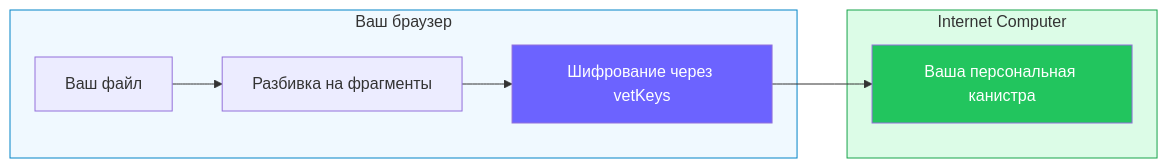
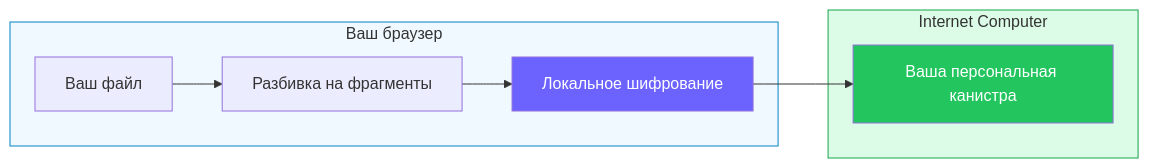
The diagram in apps/docs/src/ru/getting-started/introduction.md (rabbithole-app/v2), drawn with Mermaid before and after one commit. The commit also changed other lines of this file and 60 other files, not shown here.

````diff
--- a/apps/docs/src/ru/getting-started/introduction.md
+++ b/apps/docs/src/ru/getting-started/introduction.md
@@ -64,14 +41,14 @@
 ```mermaid
 flowchart LR
     subgraph YB["Ваш браузер"]
         A[Ваш файл] --> B[Разбивка на фрагменты]
-        B --> C[Шифрование через vetKeys]
+        B --> C[Локальное шифрование]
     end
     subgraph BC["Internet Computer"]
         C --> D[Ваша персональная канистра]
     end
     style YB fill:#f0f9ff,stroke:#0284c7
     style BC fill:#dcfce7,stroke:#16a34a
     style C fill:#6c63ff,color:#fff
     style D fill:#22c55e,color:#fff
 ```
````
